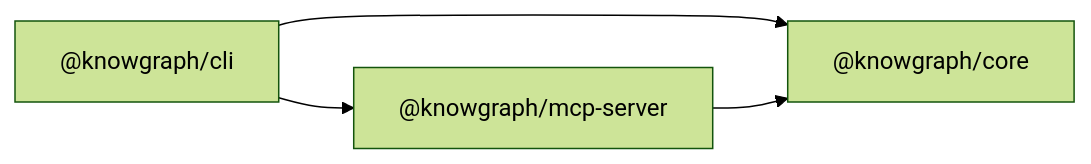
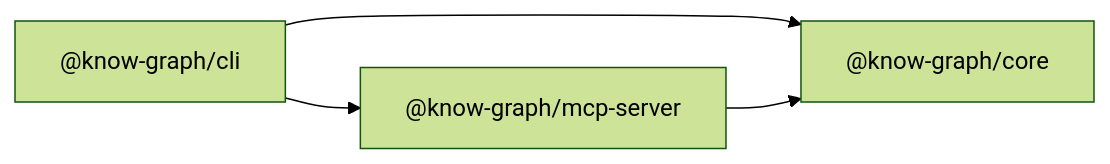
Before and after one commit to idosams/know-know: the first of 3 diagrams in docs/architecture.md, drawn with Mermaid (forest theme). The commit also changed other lines of this file and 51 other files, not shown here.

Commit message:
chore: rename npm scope from @knowgraph to @know-graph

````diff
--- a/docs/architecture.md
+++ b/docs/architecture.md
@@ -112,10 +112,10 @@
 ```mermaid
 graph LR
-    CLI["@knowgraph/cli"]
-    MCP["@knowgraph/mcp-server"]
-    CORE["@knowgraph/core"]
+    CLI["@know-graph/cli"]
+    MCP["@know-graph/mcp-server"]
+    CORE["@know-graph/core"]
 
     CLI --> CORE
     CLI --> MCP
     MCP --> CORE
 ```
````
